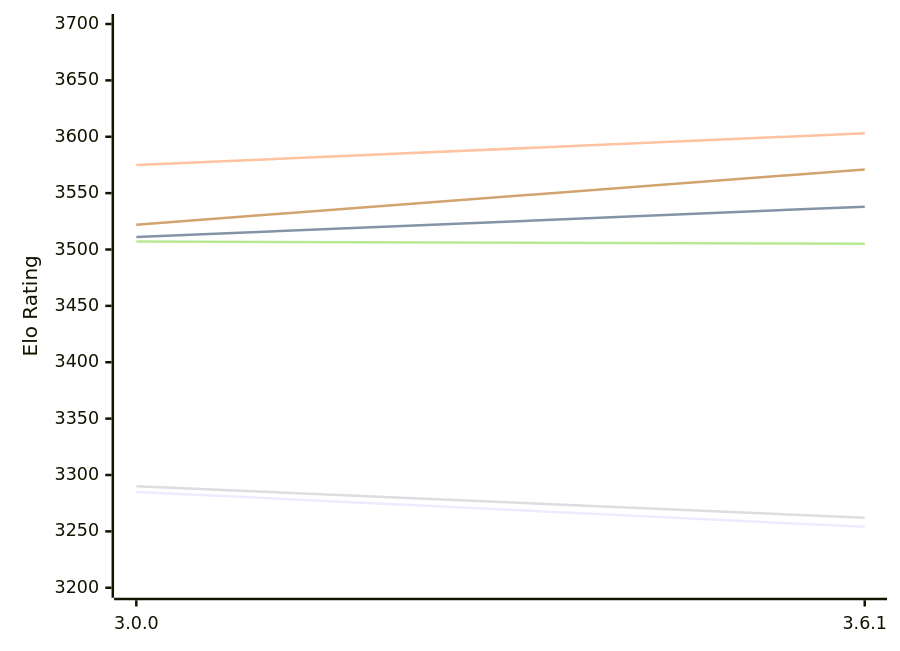
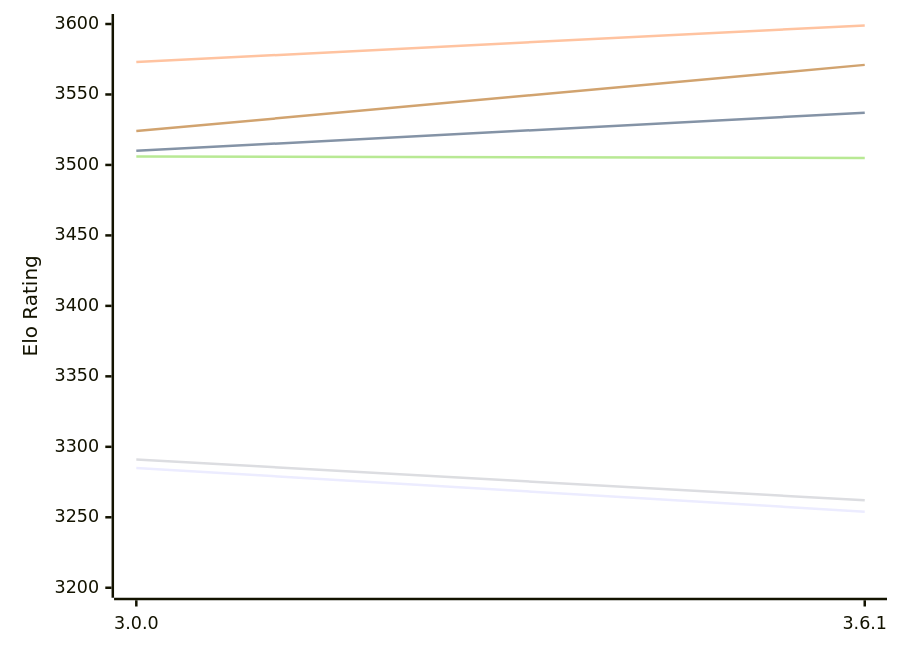
Before and after one commit to computer-chess-index/cci: the diagram in engines/Peras.md, drawn with Mermaid. The commit also changed other lines of this file, not shown here.

Commit message:
Update CCI Ratings (ELO VLTC) - 2026-11-27

````diff
--- a/engines/Peras.md
+++ b/engines/Peras.md
@@ -49,12 +49,12 @@
 ```mermaid
 %%{init: {"theme":"base","themeVariables":{"seriesColors:['#a3a3a3','#222221','#faa371']}}}%%
 xychart-beta
   x-axis ["3.0.0", "3.6.1"]
-  y-axis "Elo Rating" 3200 --> 3700
+  y-axis "Elo Rating" 3200 --> 3600
   line "E1: STC (8.0+0.08s)" [3285, 3254]
-  line "E1: LTC (60.0+0.60s)" [3511, 3538]
-  line "E1: VLTC (2m24s+1.12s)" [3575, 3603]
-  line "P1: STC (8.0+0.08s)" [3290, 3262]
-  line "P1: LTC (60.0+0.60s)" [3507, 3505]
-  line "P1: VLTC (2m24s+1.12s)" [3522, 3571]
+  line "E1: LTC (60.0+0.60s)" [3510, 3537]
+  line "E1: VLTC (2m24s+1.12s)" [3573, 3599]
+  line "P1: STC (8.0+0.08s)" [3291, 3262]
+  line "P1: LTC (60.0+0.60s)" [3506, 3505]
+  line "P1: VLTC (2m24s+1.12s)" [3524, 3571]
 ```
````
